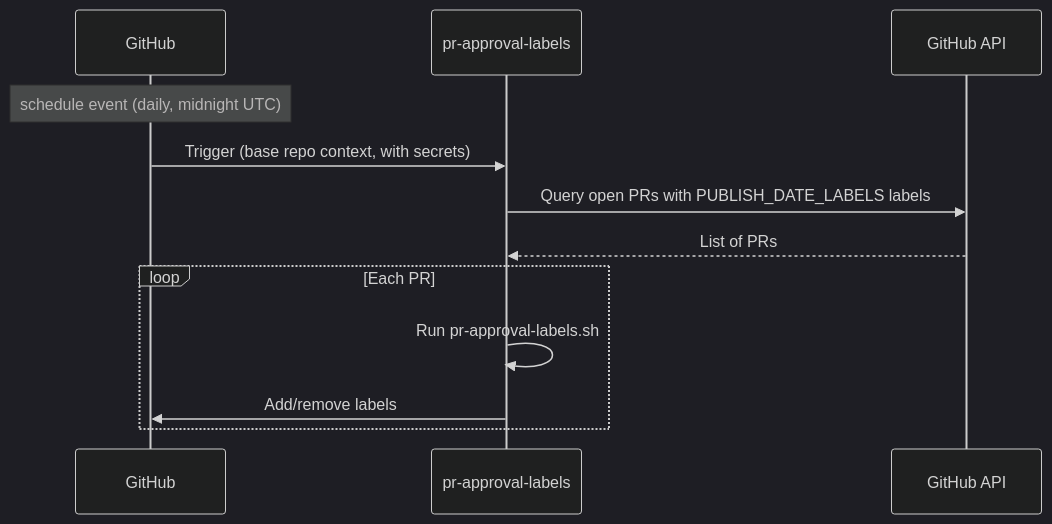
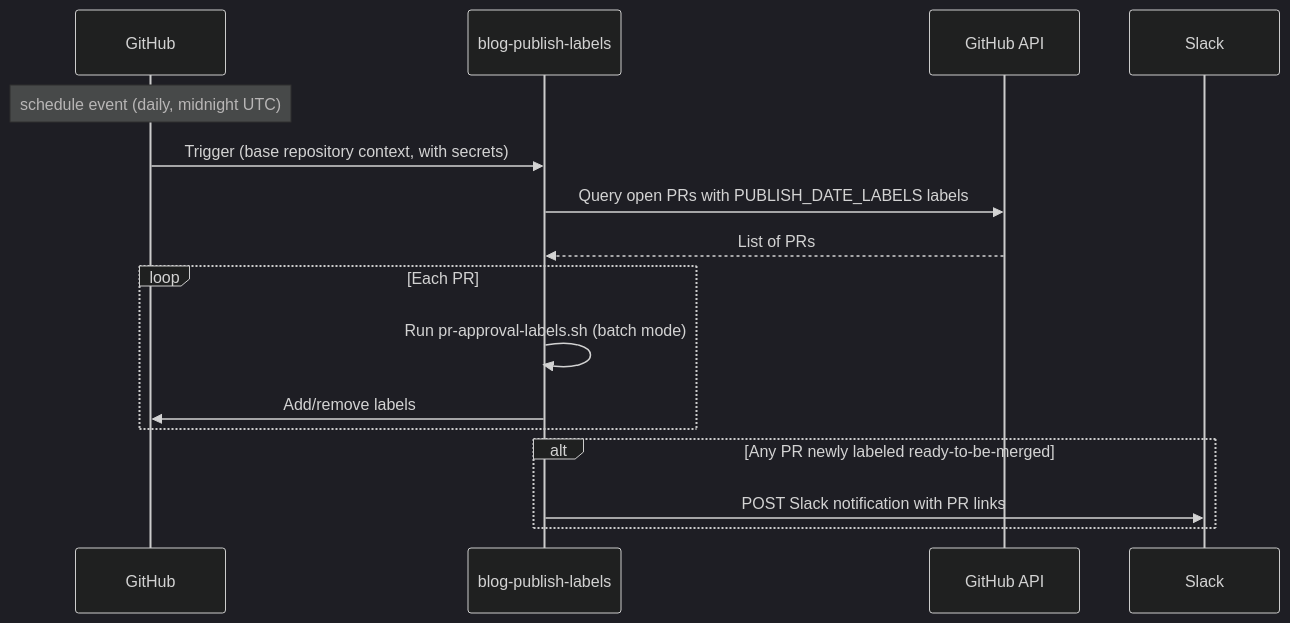
Before and after one commit to open-telemetry/opentelemetry.io: the third of 3 diagrams in content/en/site/build/ci-workflows.md, drawn with Mermaid (dark theme). The commit also changed other lines of this file and 3 other files, not shown here.

Commit message:
[CI] Integrate blog publish labels workflow with Slack  (#9438)

````diff
--- a/content/en/site/build/ci-workflows.md
+++ b/content/en/site/build/ci-workflows.md
@@ -128,16 +187,20 @@
 ```mermaid
 sequenceDiagram
     participant GH as GitHub
-    participant L as pr-approval-labels
+    participant B as blog-publish-labels
     participant API as GitHub API
+    participant S as Slack
 
     Note over GH: schedule event (daily, midnight UTC)
 
-    GH->>L: Trigger (base repo context, with secrets)
-    L->>API: Query open PRs with PUBLISH_DATE_LABELS labels
-    API-->>L: List of PRs
+    GH->>B: Trigger (base repository context, with secrets)
+    B->>API: Query open PRs with PUBLISH_DATE_LABELS labels
+    API-->>B: List of PRs
     loop Each PR
-        L->>L: Run pr-approval-labels.sh
-        L->>GH: Add/remove labels
+        B->>B: Run pr-approval-labels.sh (batch mode)
+        B->>GH: Add/remove labels
+    end
+    alt Any PR newly labeled ready-to-be-merged
+        B->>S: POST Slack notification with PR links
     end
 ```
````
